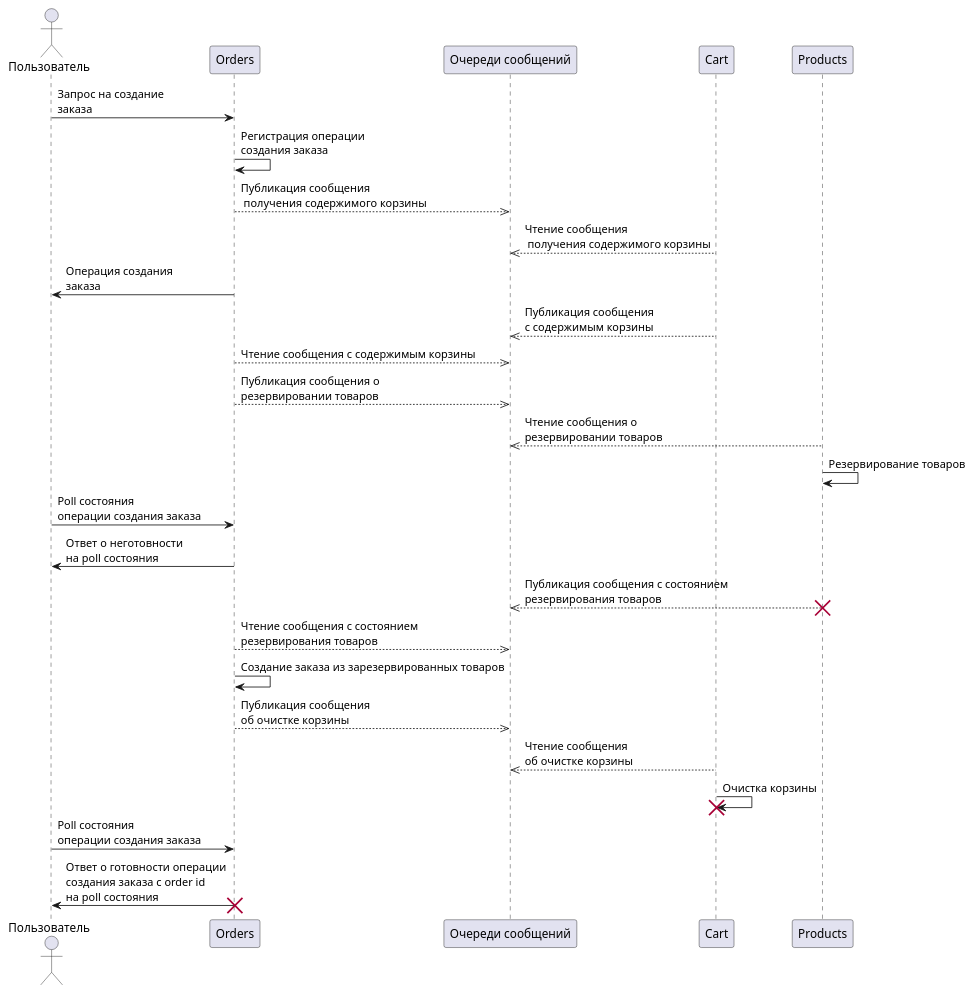
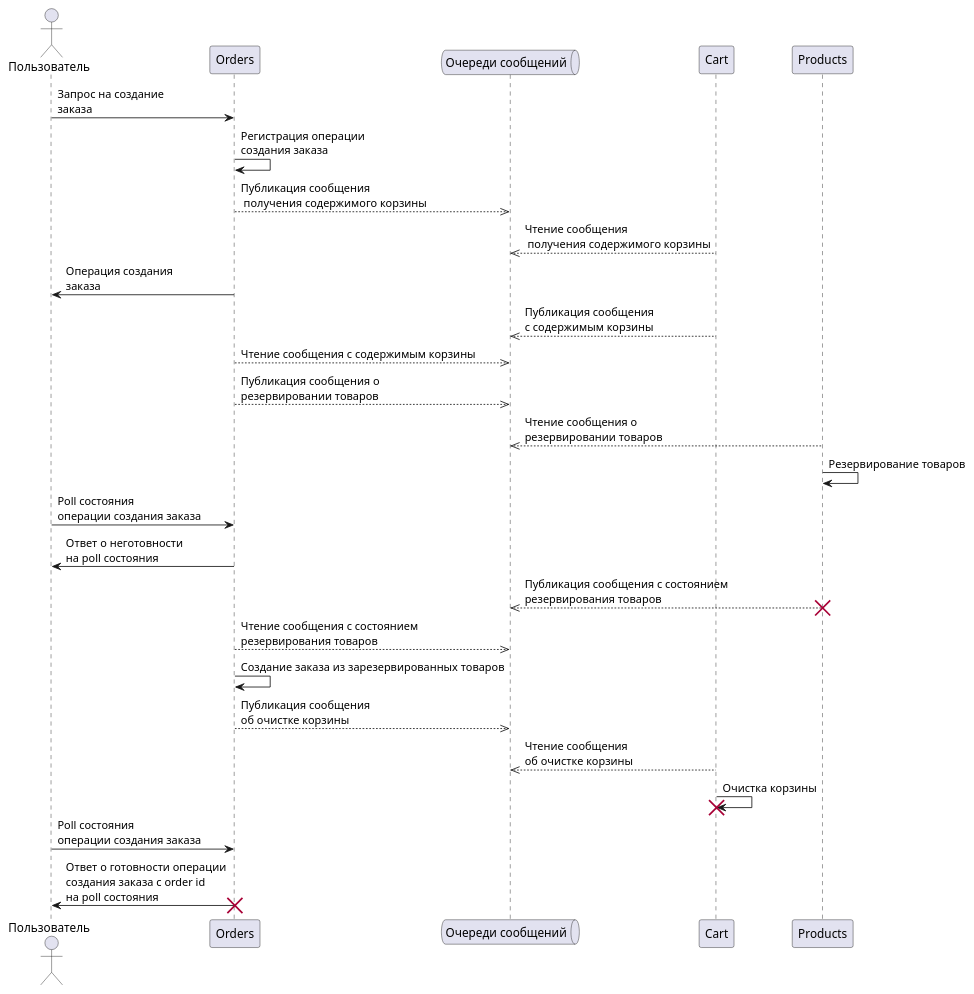
The first of 6 diagrams in app/docs/architecture/Order.md (bratushkadan/diploma), drawn with PlantUML before and after one commit. The commit also changed other lines of this file and 1 other file, not shown here.

Commit message:
docs(order):fix queue seq diagram element

````diff
--- a/app/docs/architecture/Order.md
+++ b/app/docs/architecture/Order.md
@@ -13,35 +13,35 @@
 ```plantuml
 @startuml
 actor Пользователь as u
 participant "Orders" as a
-participant "Очереди сообщений" as q
+queue "Очереди сообщений" as q
 participant "Cart" as ec
 participant "Products" as e
 
 u->a: Запрос на создание \nзаказа
 a->a: Регистрация операции \nсоздания заказа
 a-->>q: Публикация сообщения\n получения содержимого корзины
 ec-->>q: Чтение сообщения\n получения содержимого корзины
 a->u: Операция создания\nзаказа
 ec-->>q: Публикация сообщения \nс содержимым корзины
 a-->>q: Чтение сообщения с содержимым корзины
 a-->>q: Публикация сообщения о \nрезервировании товаров
 e-->>q: Чтение сообщения о \nрезервировании товаров
 e->e: Резервирование товаров
 u->a: Poll состояния \nоперации создания заказа
 a->u: Ответ о неготовности \nна poll состояния
 e-->>q: Публикация сообщения с состоянием\nрезервирования товаров
 destroy e
 a-->>q: Чтение сообщения с состоянием\nрезервирования товаров
 a->a: Создание заказа из зарезервированных товаров
 a-->>q: Публикация сообщения\nоб очистке корзины
 ec-->>q: Чтение сообщения\nоб очистке корзины
 ec->ec: Очистка корзины
 
 destroy ec
 u->a: Poll состояния \nоперации создания заказа
 a->u: Ответ о готовности операции \nсоздания заказа с order id \nна poll состояния
 destroy a
 
 @enduml
 ```
````
